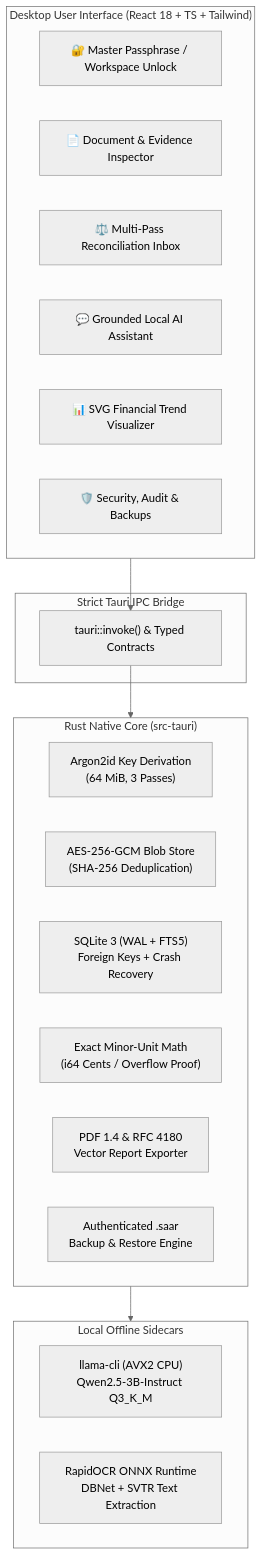
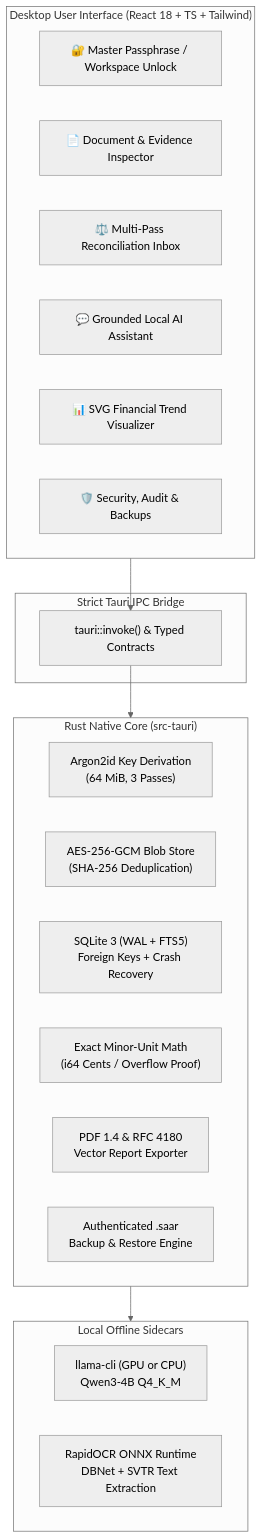
Before and after one commit to THE-SHRIKS/SAAR-LokiXPiyush: the diagram in README.md, drawn with Mermaid (neutral theme). The commit also changed other lines of this file and 42 other files, not shown here.

First line of the commit message:
feat: Qwen3 4B with GPU offload; neutral professional interface

````diff
--- a/README.md
+++ b/README.md
@@ -34,32 +34,32 @@
 ```mermaid
 flowchart TD
     subgraph UI ["Desktop User Interface (React 18 + TS + Tailwind)"]
         UI_AUTH["🔐 Master Passphrase / Workspace Unlock"]
         UI_DOCS["📄 Document & Evidence Inspector"]
         UI_RECON["⚖️ Multi-Pass Reconciliation Inbox"]
         UI_CHAT["💬 Grounded Local AI Assistant"]
         UI_REP["📊 SVG Financial Trend Visualizer"]
         UI_SET["🛡️ Security, Audit & Backups"]
     end
 
     subgraph IPC ["Strict Tauri IPC Bridge"]
         BRIDGE["tauri::invoke() & Typed Contracts"]
     end
 
     subgraph CORE ["Rust Native Core (src-tauri)"]
         KDF["Argon2id Key Derivation\n(64 MiB, 3 Passes)"]
         BLOB["AES-256-GCM Blob Store\n(SHA-256 Deduplication)"]
         DB["SQLite 3 (WAL + FTS5)\nForeign Keys + Crash Recovery"]
         MONEY["Exact Minor-Unit Math\n(i64 Cents / Overflow Proof)"]
         EXP["PDF 1.4 & RFC 4180\nVector Report Exporter"]
         BACKUP["Authenticated .saar\nBackup & Restore Engine"]
     end
 
     subgraph SIDECARS ["Local Offline Sidecars"]
-        LLM["llama-cli (AVX2 CPU)\nQwen2.5-3B-Instruct Q3_K_M"]
+        LLM["llama-cli (GPU or CPU)\nQwen3-4B Q4_K_M"]
         OCR["RapidOCR ONNX Runtime\nDBNet + SVTR Text Extraction"]
     end
 
     UI --> BRIDGE --> CORE
     CORE --> SIDECARS
 ```
````
